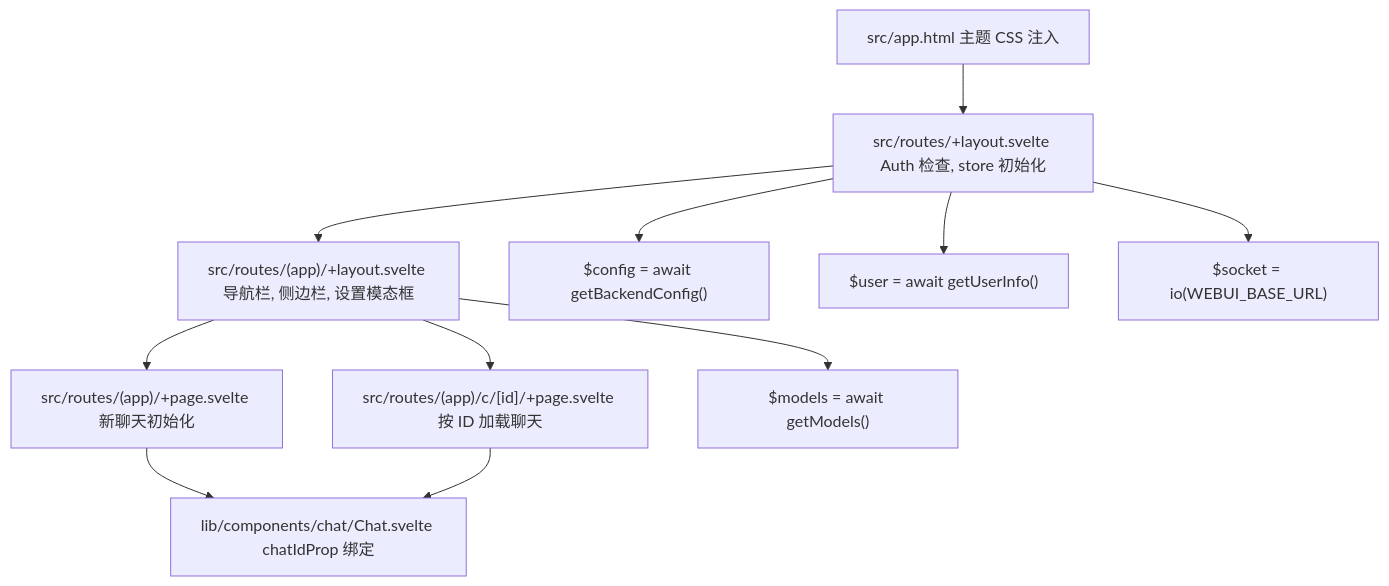
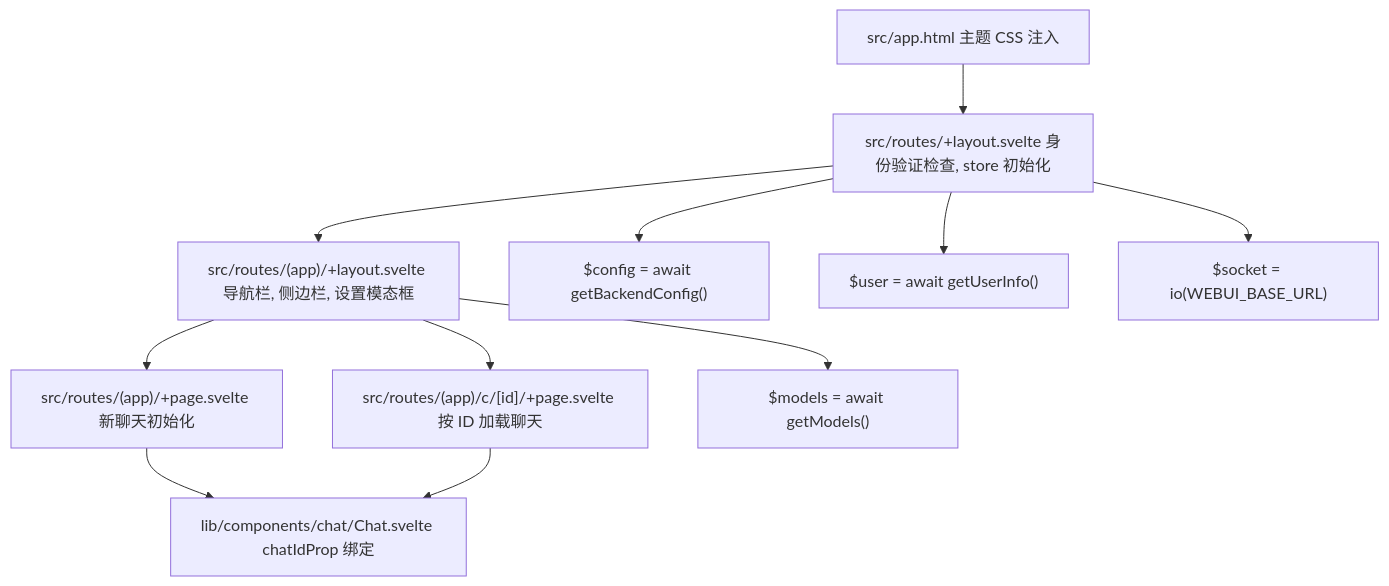
The second of 9 diagrams in tests/open-webui_deepwiki/zh/2-architecture-overview.md (Chesszyh/Wiki), drawn with Mermaid before and after one commit. The commit also changed other lines of this file and 234 other files, not shown here.

````diff
--- a/tests/open-webui_deepwiki/zh/2-architecture-overview.md
+++ b/tests/open-webui_deepwiki/zh/2-architecture-overview.md
@@ -194,24 +135,24 @@
 ```mermaid
 flowchart TD
     AppHTML["src/app.html 主题 CSS 注入"]
-    RootLayout["src/routes/+layout.svelte Auth 检查, store 初始化"]
+    RootLayout["src/routes/+layout.svelte 身份验证检查, store 初始化"]
     AppLayout["src/routes/(app)/+layout.svelte 导航栏, 侧边栏, 设置模态框"]
     ChatPage["src/routes/(app)/+page.svelte 新聊天初始化"]
     ChatIdPage["src/routes/(app)/c/[id]/+page.svelte 按 ID 加载聊天"]
     config["$config = await getBackendConfig()"]
     user["$user = await getUserInfo()"]
     socket["$socket = io(WEBUI_BASE_URL)"]
     models["$models = await getModels()"]
     ChatSvelte["lib/components/chat/Chat.svelte chatIdProp 绑定"]
 
     AppHTML --> RootLayout
     RootLayout --> AppLayout
     AppLayout --> ChatPage
     AppLayout --> ChatIdPage
     RootLayout --> config
     RootLayout --> user
     RootLayout --> socket
     AppLayout --> models
     ChatPage --> ChatSvelte
     ChatIdPage --> ChatSvelte
 ```
````
